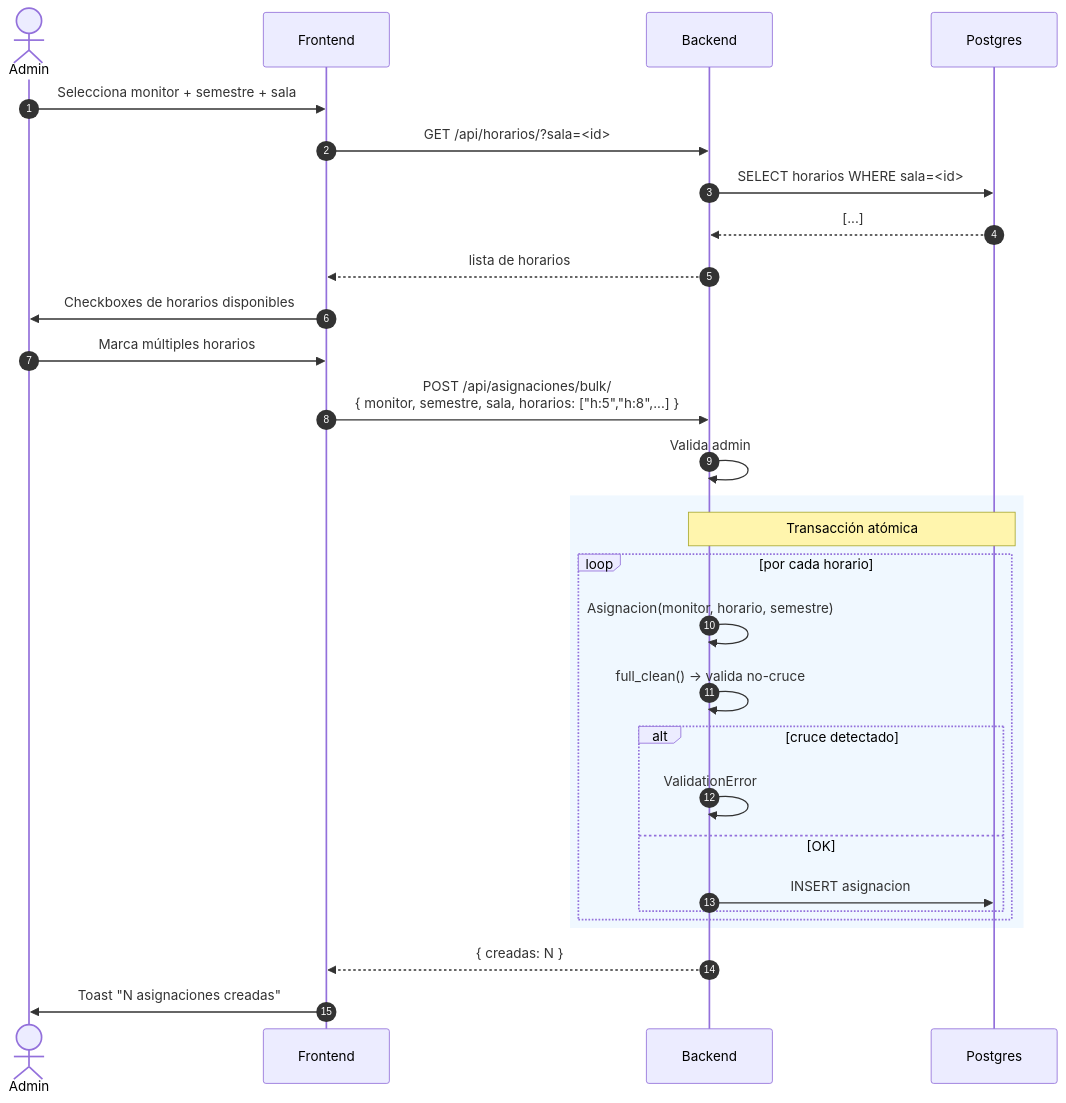
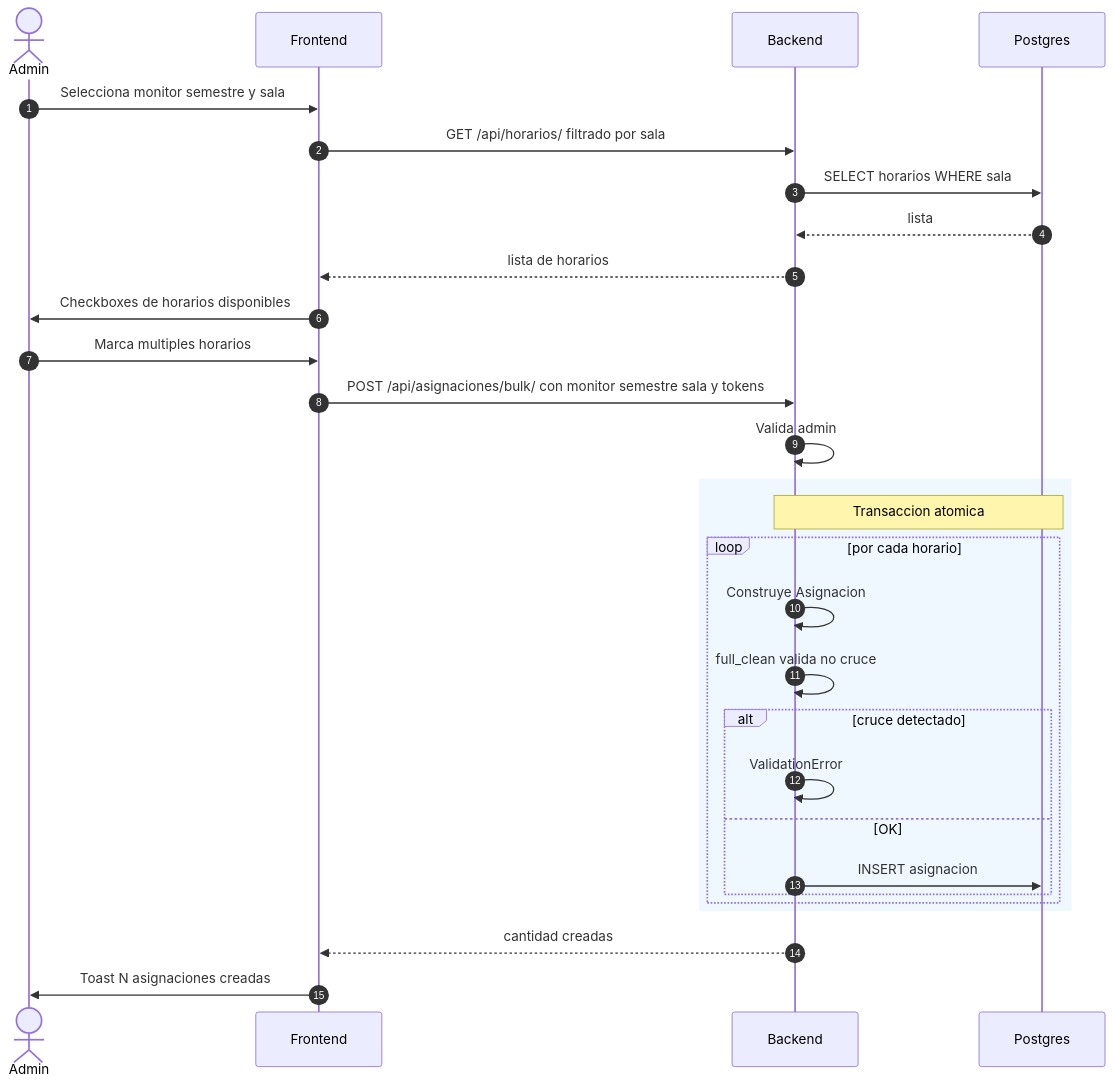
The sixth of 10 diagrams in README.md (FilipaoVfx/Sistema-de-gestion-de-monitores), drawn with Mermaid before and after one commit. The commit also changed other lines of this file, not shown here.

Commit message:
docs(readme): sanitiza diagramas Mermaid para GitHub renderer

````diff
--- a/README.md
+++ b/README.md
@@ -467,34 +467,34 @@
 ```mermaid
 sequenceDiagram
     autonumber
     actor A as Admin
     participant F as Frontend
     participant B as Backend
     participant DB as Postgres
 
-    A->>F: Selecciona monitor + semestre + sala
-    F->>B: GET /api/horarios/?sala=<id>
-    B->>DB: SELECT horarios WHERE sala=<id>
-    DB-->>B: [...]
+    A->>F: Selecciona monitor semestre y sala
+    F->>B: GET /api/horarios/ filtrado por sala
+    B->>DB: SELECT horarios WHERE sala
+    DB-->>B: lista
     B-->>F: lista de horarios
     F->>A: Checkboxes de horarios disponibles
-    A->>F: Marca múltiples horarios
+    A->>F: Marca multiples horarios
 
-    F->>B: POST /api/asignaciones/bulk/<br/>{ monitor, semestre, sala, horarios: ["h:5","h:8",...] }
+    F->>B: POST /api/asignaciones/bulk/ con monitor semestre sala y tokens
     B->>B: Valida admin
 
     rect rgb(240, 248, 255)
-        Note over B,DB: Transacción atómica
+        Note over B,DB: Transaccion atomica
         loop por cada horario
-            B->>B: Asignacion(monitor, horario, semestre)
-            B->>B: full_clean() → valida no-cruce
+            B->>B: Construye Asignacion
+            B->>B: full_clean valida no cruce
             alt cruce detectado
                 B->>B: ValidationError
             else OK
                 B->>DB: INSERT asignacion
             end
         end
     end
-    B-->>F: { creadas: N }
-    F->>A: Toast "N asignaciones creadas"
+    B-->>F: cantidad creadas
+    F->>A: Toast N asignaciones creadas
 ```
````
